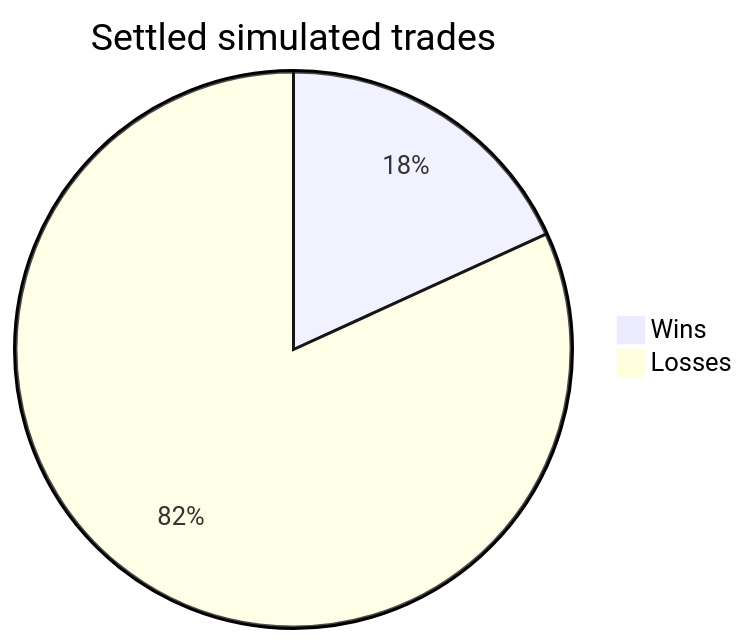
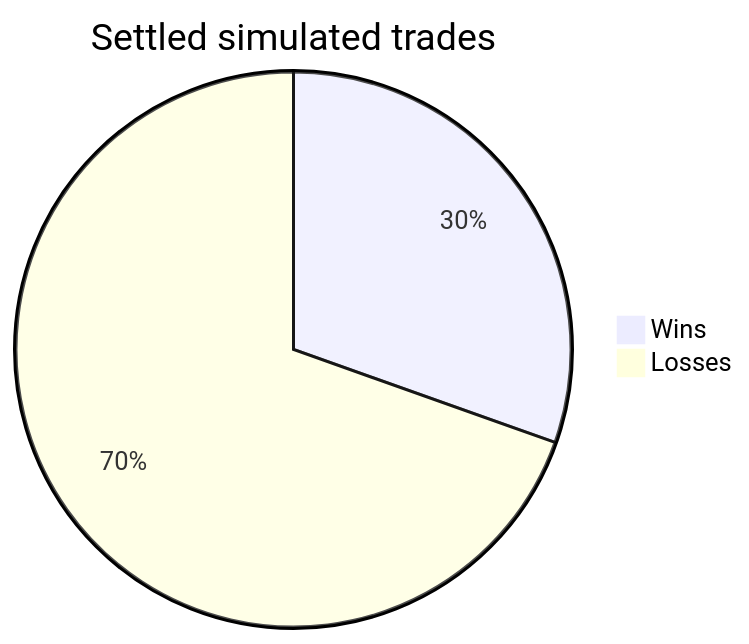
One commit to cheeseonamonkey/PaperLab changed the diagram in docs/bots/book_imbalance.md. Above: the diagram before and after it, drawn with Mermaid. The commit also changed other lines of this file and 34 other files, not shown here.

````diff
--- a/docs/bots/book_imbalance.md
+++ b/docs/bots/book_imbalance.md
@@ -22,5 +22,5 @@
 ```mermaid
 pie title Settled simulated trades
-    "Wins" : 6
-    "Losses" : 27
+    "Wins" : 14
+    "Losses" : 32
 ```
````
